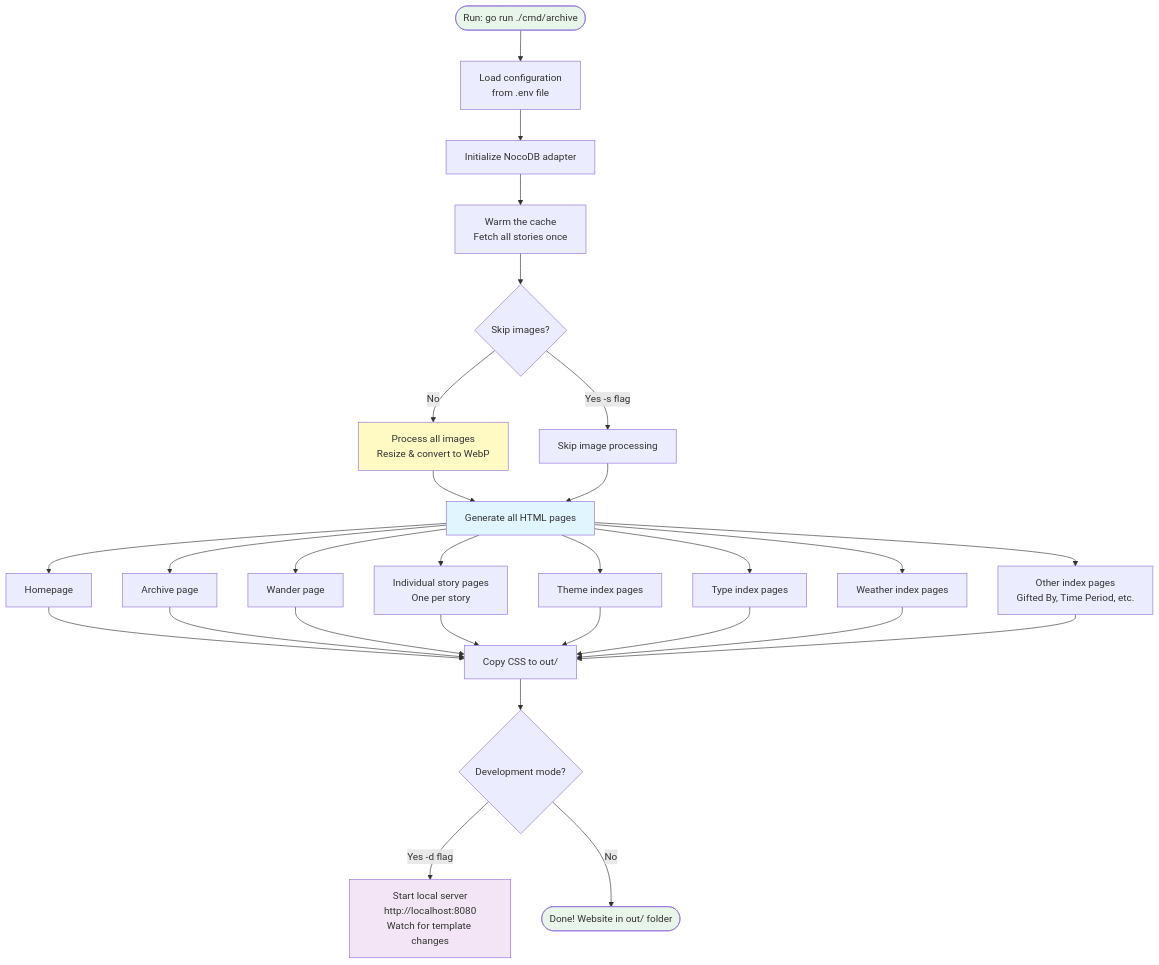
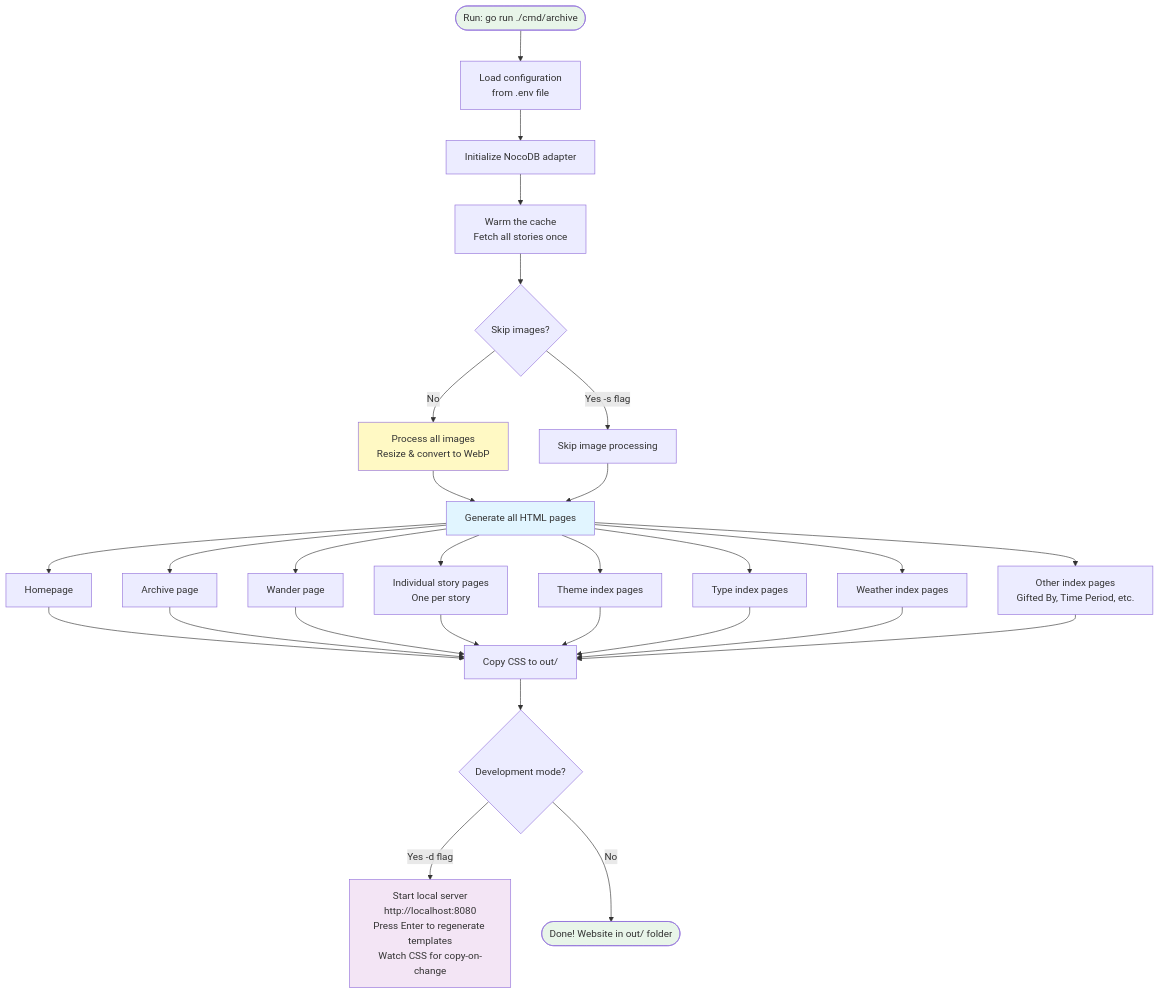
Before and after one commit to commonknowledge/community-climate-justice-archive: the sixth of 6 diagrams in README.md, drawn with Mermaid. The commit also changed other lines of this file and 3 other files, not shown here.

````diff
--- a/README.md
+++ b/README.md
@@ -239,39 +214,39 @@
 ```mermaid
 graph TB
     START([Run: go run ./cmd/archive]) --> CONFIG[Load configuration<br/>from .env file]
     CONFIG --> ADAPTER[Initialize NocoDB adapter]
     ADAPTER --> CACHE[Warm the cache<br/>Fetch all stories once]
     CACHE --> IMAGES{Skip images?}
     IMAGES -->|No| PROCESS[Process all images<br/>Resize & convert to WebP]
     IMAGES -->|Yes -s flag| SKIP[Skip image processing]
     PROCESS --> PAGES
     SKIP --> PAGES[Generate all HTML pages]
     
     PAGES --> HOME[Homepage]
     PAGES --> ARCHIVE[Archive page]
     PAGES --> WANDER[Wander page]
     PAGES --> STORIES[Individual story pages<br/>One per story]
     PAGES --> THEMES[Theme index pages]
     PAGES --> TYPES[Type index pages]
     PAGES --> WEATHER[Weather index pages]
     PAGES --> OTHER[Other index pages<br/>Gifted By, Time Period, etc.]
     
     HOME --> CSS
     ARCHIVE --> CSS
     WANDER --> CSS
     STORIES --> CSS
     THEMES --> CSS
     TYPES --> CSS
     WEATHER --> CSS
     OTHER --> CSS
     
     CSS[Copy CSS to out/] --> DONE{Development mode?}
-    DONE -->|Yes -d flag| SERVER[Start local server<br/>http://localhost:8080<br/>Watch for template changes]
+    DONE -->|Yes -d flag| SERVER[Start local server<br/>http://localhost:8080<br/>Press Enter to regenerate templates<br/>Watch CSS for copy-on-change]
     DONE -->|No| FINISH([Done! Website in out/ folder])
     
     style START fill:#e8f5e9
     style PROCESS fill:#fff9c4
     style PAGES fill:#e1f5ff
     style SERVER fill:#f3e5f5
     style FINISH fill:#e8f5e9
 ```
````
